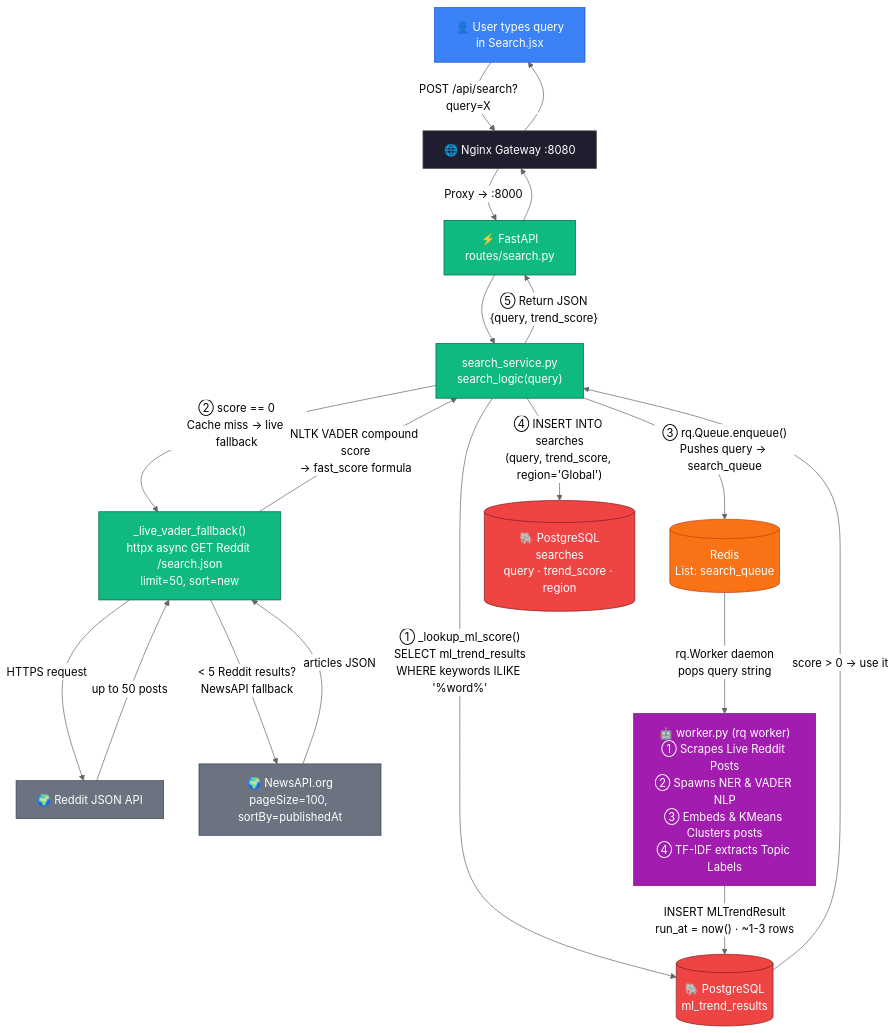
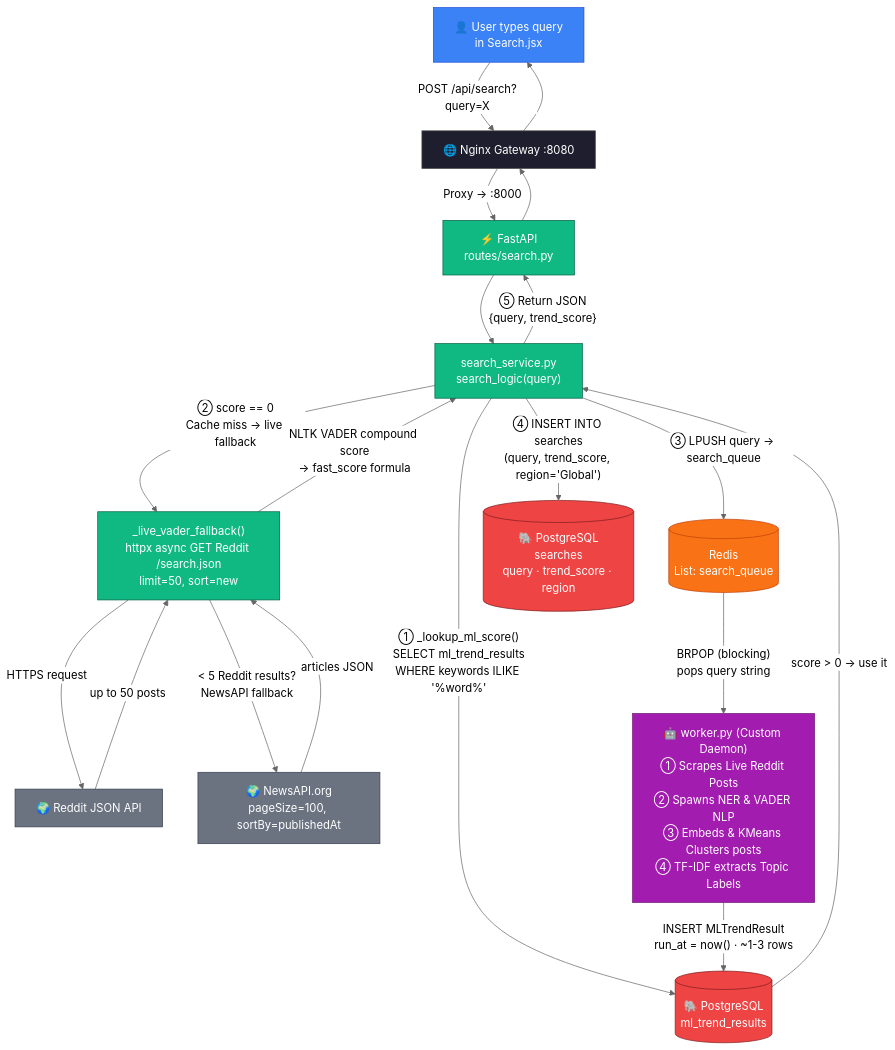
The second of 3 diagrams in dataflow_diagram.md (HxWildE/Trend_Intelligence), drawn with Mermaid (neutral theme) before and after one commit. The commit also changed 8 other files, not shown here.

First line of the commit message:
fix(worker): replace rq module with native Windows-compatible redis daemon

````diff
--- a/dataflow_diagram.md
+++ b/dataflow_diagram.md
@@ -87,44 +87,44 @@
 ```mermaid
 flowchart TD
 
 classDef ui       fill:#3b82f6,stroke:#1d4ed8,color:#fff;
 classDef gateway  fill:#1e1e2e,stroke:#555,color:#fff;
 classDef backend  fill:#10b981,stroke:#065f46,color:#fff;
 classDef store    fill:#ef4444,stroke:#7f1d1d,color:#fff;
 classDef cache    fill:#f97316,stroke:#c2410c,color:#fff;
 classDef worker   fill:#a21caf,stroke:#701a75,color:#fff;
 classDef external fill:#6b7280,stroke:#374151,color:#fff;
 
 USER["👤 User types query\nin Search.jsx"]:::ui
 USER -->|"POST /api/search?query=X"| GW["🌐 Nginx Gateway :8080"]:::gateway
 GW -->|"Proxy → :8000"| API["⚡ FastAPI\nroutes/search.py"]:::backend
 API --> SS["search_service.py\nsearch_logic(query)"]:::backend
 
 %% Branch A: ML cache hit
 SS -->|"① _lookup_ml_score()\nSELECT ml_trend_results\nWHERE keywords ILIKE '%word%'"| PG_ML[("🐘 PostgreSQL\nml_trend_results")]:::store
 PG_ML -->|"score > 0 → use it"| SS
 
 %% Branch B: ML miss → live VADER
 SS -->|"② score == 0\nCache miss → live fallback"| VADER["_live_vader_fallback()\nhttpx async GET Reddit /search.json\nlimit=50, sort=new"]:::backend
 VADER -->|"HTTPS request"| RDT["🌍 Reddit JSON API"]:::external
 RDT -->|"up to 50 posts"| VADER
 
 VADER -->|"< 5 Reddit results?\nNewsAPI fallback"| NEWS_API["🌍 NewsAPI.org\npageSize=100, sortBy=publishedAt"]:::external
 NEWS_API -->|"articles JSON"| VADER
 
 VADER -->|"NLTK VADER compound score\n→ fast_score formula"| SS
 
 %% Enqueue worker job
-SS -->|"③ rq.Queue.enqueue()\nPushes query → search_queue"| REDIS_Q[("Redis\nList: search_queue")]:::cache
+SS -->|"③ LPUSH query → search_queue"| REDIS_Q[("Redis\nList: search_queue")]:::cache
 
 %% Save search record
 SS -->|"④ INSERT INTO searches\n(query, trend_score, region='Global')"| PG_SEARCH[("🐘 PostgreSQL\nsearches\nquery · trend_score · region")]:::store
 
 %% Return to user
 SS -->|"⑤ Return JSON\n{query, trend_score}"| API
 API --> GW --> USER
 
 %% Worker daemon
-REDIS_Q -->|"rq.Worker daemon\npops query string"| WORKER["🤖 worker.py (rq worker)\n① Scrapes Live Reddit Posts\n② Spawns NER & VADER NLP\n③ Embeds & KMeans Clusters posts\n④ TF-IDF extracts Topic Labels"]:::worker
+REDIS_Q -->|"BRPOP (blocking)\npops query string"| WORKER["🤖 worker.py (Custom Daemon)\n① Scrapes Live Reddit Posts\n② Spawns NER & VADER NLP\n③ Embeds & KMeans Clusters posts\n④ TF-IDF extracts Topic Labels"]:::worker
 WORKER -->|"INSERT MLTrendResult\nrun_at = now() · ~1-3 rows"| PG_ML
 ```
````
